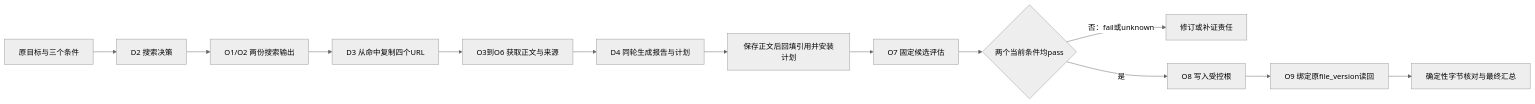
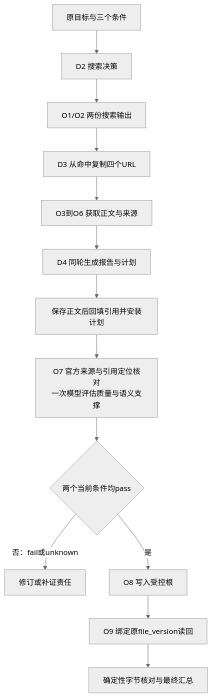
The second of 2 diagrams in .scratch/architecture-review/task-scenarios-input-output-2026-09-28.md (ruipengliu/lerna), drawn with Mermaid (neutral theme) before and after one commit. The commit also changed other lines of this file and 48 other files, not shown here.

````diff
--- a/.scratch/architecture-review/task-scenarios-input-output-2026-09-28.md
+++ b/.scratch/architecture-review/task-scenarios-input-output-2026-09-28.md
@@ -321,15 +327,15 @@
 ```mermaid
-flowchart LR
+flowchart TB
     G[原目标与三个条件] --> D2[D2 搜索决策]
     D2 --> S[O1/O2 两份搜索输出]
     S --> D3[D3 从命中复制四个URL]
     D3 --> F[O3到O6 获取正文与来源]
     F --> D4[D4 同轮生成报告与计划]
     D4 --> P[保存正文后回填引用并安装计划]
-    P --> A[O7 固定候选评估]
+    P --> A[O7 官方来源与引用定位核对<br/>一次模型评估质量与语义支撑]
     A --> Q{两个当前条件均pass}
     Q -->|否：fail或unknown| W[修订或补证责任]
     Q -->|是| O8[O8 写入受控根]
     O8 --> O9[O9 绑定原file_version读回]
     O9 --> V[确定性字节核对与最终汇总]
 ```
````
